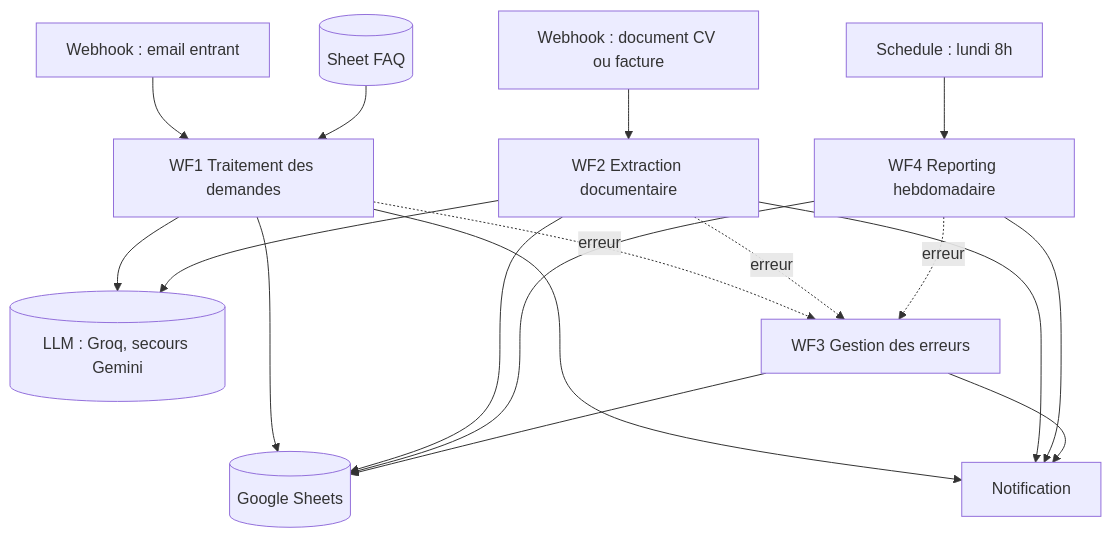
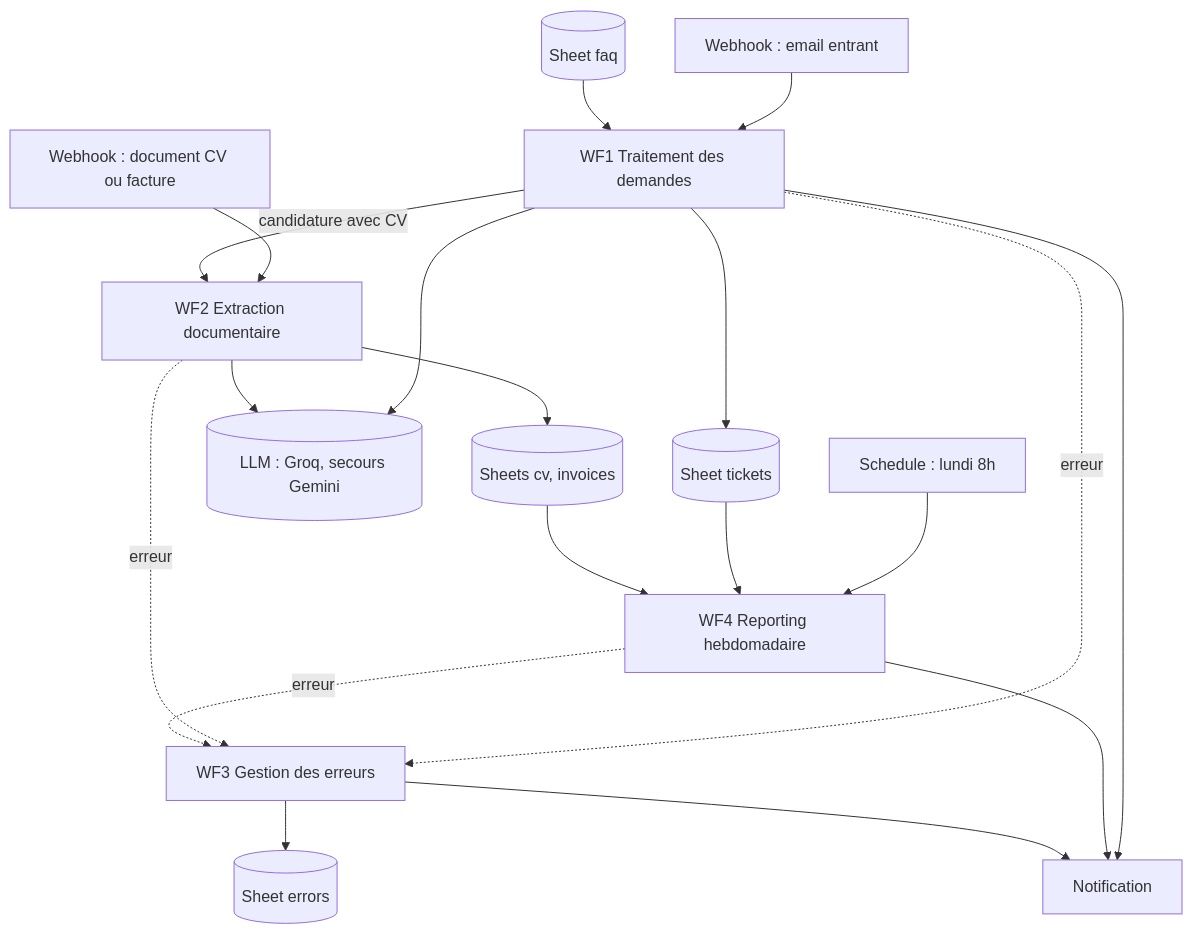
One commit to ToandroMananjara/ai-business-automation-n8n changed the first of 8 diagrams in docs/cdc.md. Above: the diagram before and after it, drawn with Mermaid. The commit also changed other lines of this file and 5 other files, not shown here.

````diff
--- a/docs/cdc.md
+++ b/docs/cdc.md
@@ -92,24 +110,25 @@
 ```mermaid
 flowchart TD
     A[Webhook : email entrant] --> W1[WF1 Traitement des demandes]
     B[Webhook : document CV ou facture] --> W2[WF2 Extraction documentaire]
+    W1 -- candidature avec CV --> W2
     S[Schedule : lundi 8h] --> W4[WF4 Reporting hebdomadaire]
 
     W1 --> LLM[(LLM : Groq, secours Gemini)]
     W2 --> LLM
-    KB[(Sheet FAQ)] --> W1
+    KB[(Sheet faq)] --> W1
 
-    W1 --> GS[(Google Sheets)]
-    W2 --> GS
-    W4 --> GS
+    W1 --> T[(Sheet tickets)]
+    W2 --> D[(Sheets cv, invoices)]
+    T --> W4
+    D --> W4
 
     W1 --> N[Notification]
-    W2 --> N
     W4 --> N
 
     W1 -. erreur .-> W3[WF3 Gestion des erreurs]
     W2 -. erreur .-> W3
     W4 -. erreur .-> W3
-    W3 --> GS
+    W3 --> E[(Sheet errors)]
     W3 --> N
 ```
````
